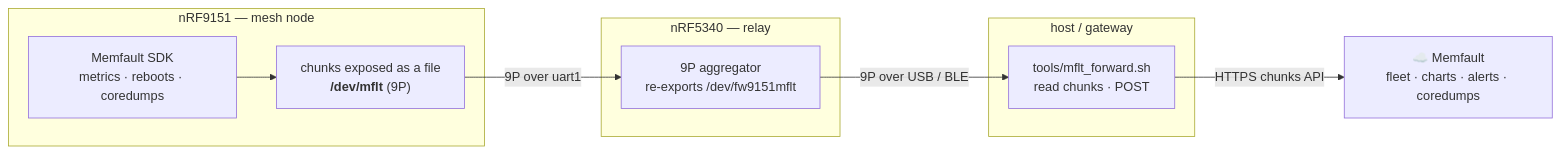
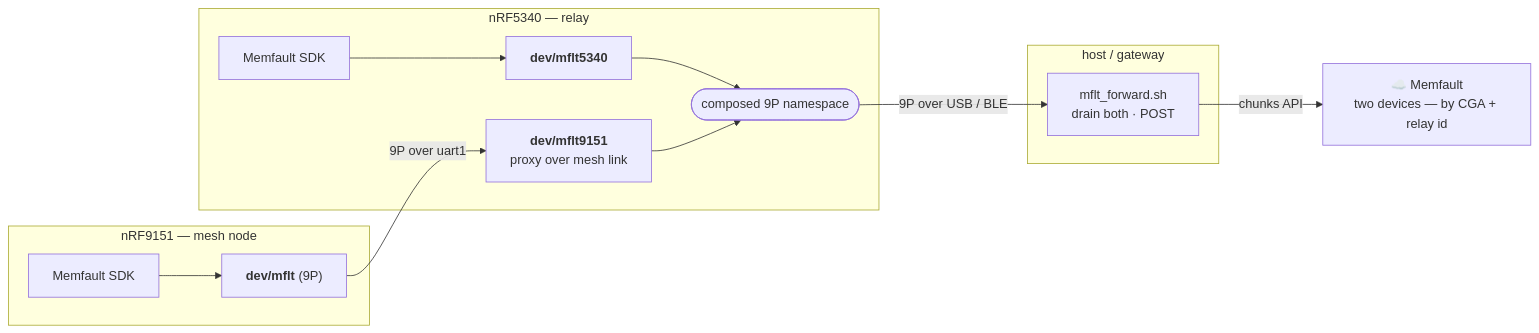
One commit to jsmemfault/dectmesh changed the diagram in doc/OBSERVABILITY.md. Above: the diagram before and after it, drawn with Mermaid. The commit also changed other lines of this file and 6 other files, not shown here.

First line of the commit message:
observability: both chips' Memfault chunks through the relay's composed 9P namespace

````diff
--- a/doc/OBSERVABILITY.md
+++ b/doc/OBSERVABILITY.md
@@ -26,16 +30,18 @@
 ```mermaid
 flowchart LR
-    subgraph NODE["nRF9151 — mesh node"]
-      mflt["Memfault SDK<br/>metrics · reboots · coredumps"]
-      f["chunks exposed as a file<br/><b>/dev/mflt</b> (9P)"]
-      mflt --> f
+    subgraph N91["nRF9151 — mesh node"]
+      m91["Memfault SDK"] --> f91["<b>dev/mflt</b> (9P)"]
     end
-    subgraph RELAY["nRF5340 — relay"]
-      agg["9P aggregator<br/>re-exports /dev/fw9151mflt"]
+    subgraph N53["nRF5340 — relay"]
+      m53["Memfault SDK"] --> f53["<b>dev/mflt5340</b>"]
+      p91["<b>dev/mflt9151</b><br/>proxy over mesh link"]
+      f53 --> ns(["composed 9P namespace"])
+      p91 --> ns
     end
     subgraph HOST["host / gateway"]
-      fwd["tools/mflt_forward.sh<br/>read chunks · POST"]
+      fwd["mflt_forward.sh<br/>drain both · POST"]
     end
-    cloud["☁️ Memfault<br/>fleet · charts · alerts · coredumps"]
-    f -->|9P over uart1| agg -->|9P over USB / BLE| fwd -->|HTTPS chunks API| cloud
+    cloud["☁️ Memfault<br/>two devices — by CGA + relay id"]
+    f91 -->|9P over uart1| p91
+    ns -->|9P over USB / BLE| fwd -->|chunks API| cloud
 ```
````
